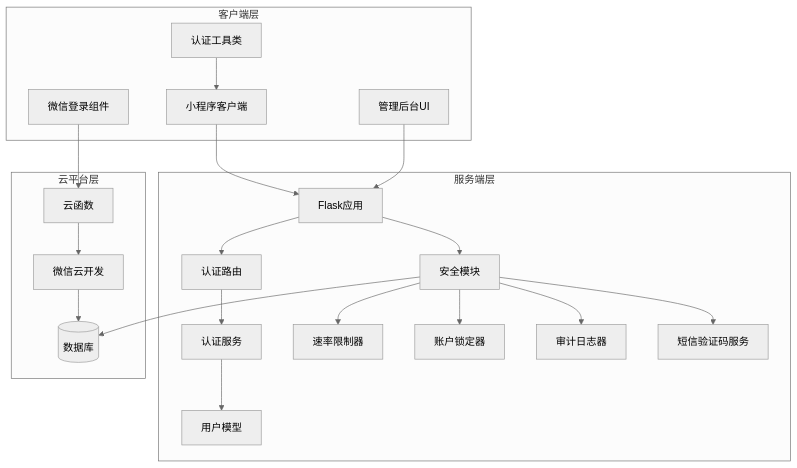
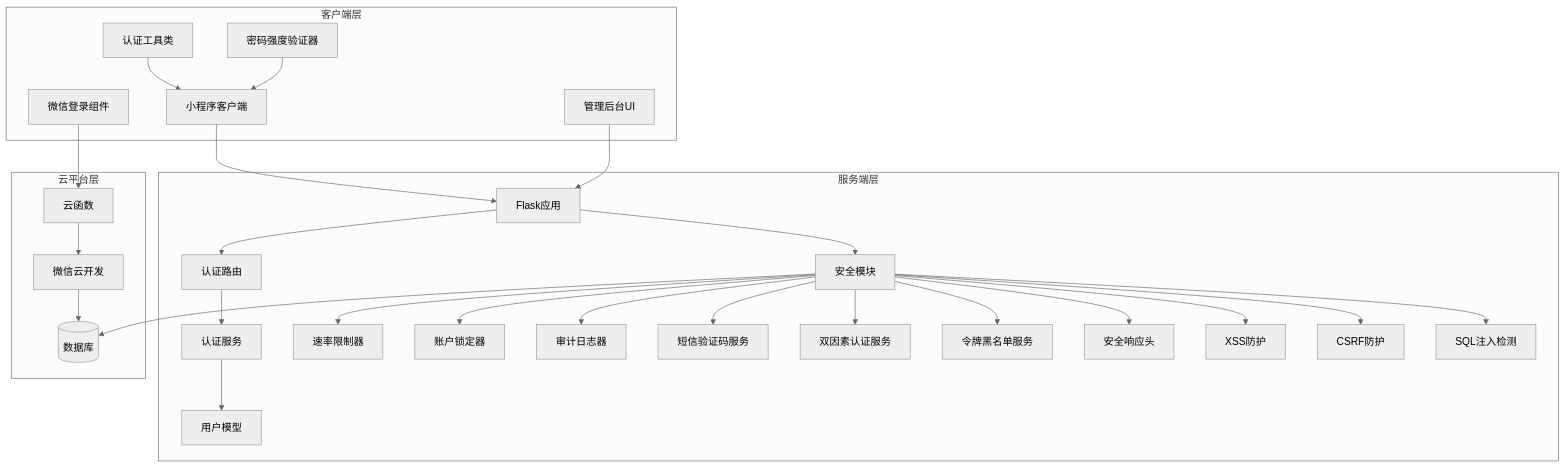
The first of 14 diagrams in .qoder/repowiki/zh/content/Security Enhancements.md (guyuefangyuanl/Over-the-counter-options), drawn with Mermaid (neutral theme) before and after one commit. The commit also changed other lines of this file and 29 other files, not shown here.

````diff
--- a/.qoder/repowiki/zh/content/Security Enhancements.md
+++ b/.qoder/repowiki/zh/content/Security Enhancements.md
@@ -45,40 +49,54 @@
 ```mermaid
 graph TB
 subgraph "客户端层"
 MiniProgram[小程序客户端]
 AdminUI[管理后台UI]
 Utils[认证工具类]
 WXLogin[微信登录组件]
+PasswordValidator[密码强度验证器]
 end
 subgraph "服务端层"
 FlaskApp[Flask应用]
 AuthRoutes[认证路由]
 SecurityModule[安全模块]
 AuthService[认证服务]
 UserModel[用户模型]
 RateLimiter[速率限制器]
 AccountLock[账户锁定器]
 AuditLogger[审计日志器]
 SMSService[短信验证码服务]
+TwoFactorAuth[双因素认证服务]
+TokenBlacklist[令牌黑名单服务]
+SecurityHeaders[安全响应头]
+XSSProtection[XSS防护]
+CSRFProtection[CSRF防护]
+SQLInjectionDetection[SQL注入检测]
 end
 subgraph "云平台层"
 CloudFunctions[云函数]
 WXCloud[微信云开发]
 Database[(数据库)]
 end
 MiniProgram --> FlaskApp
 AdminUI --> FlaskApp
 Utils --> MiniProgram
 WXLogin --> CloudFunctions
+PasswordValidator --> MiniProgram
 FlaskApp --> SecurityModule
 FlaskApp --> AuthRoutes
 AuthRoutes --> AuthService
 AuthService --> UserModel
 SecurityModule --> RateLimiter
 SecurityModule --> AccountLock
 SecurityModule --> AuditLogger
 SecurityModule --> SMSService
+SecurityModule --> TwoFactorAuth
+SecurityModule --> TokenBlacklist
+SecurityModule --> SecurityHeaders
+SecurityModule --> XSSProtection
+SecurityModule --> CSRFProtection
+SecurityModule --> SQLInjectionDetection
 SecurityModule --> Database
 CloudFunctions --> WXCloud
 WXCloud --> Database
 ```
````
